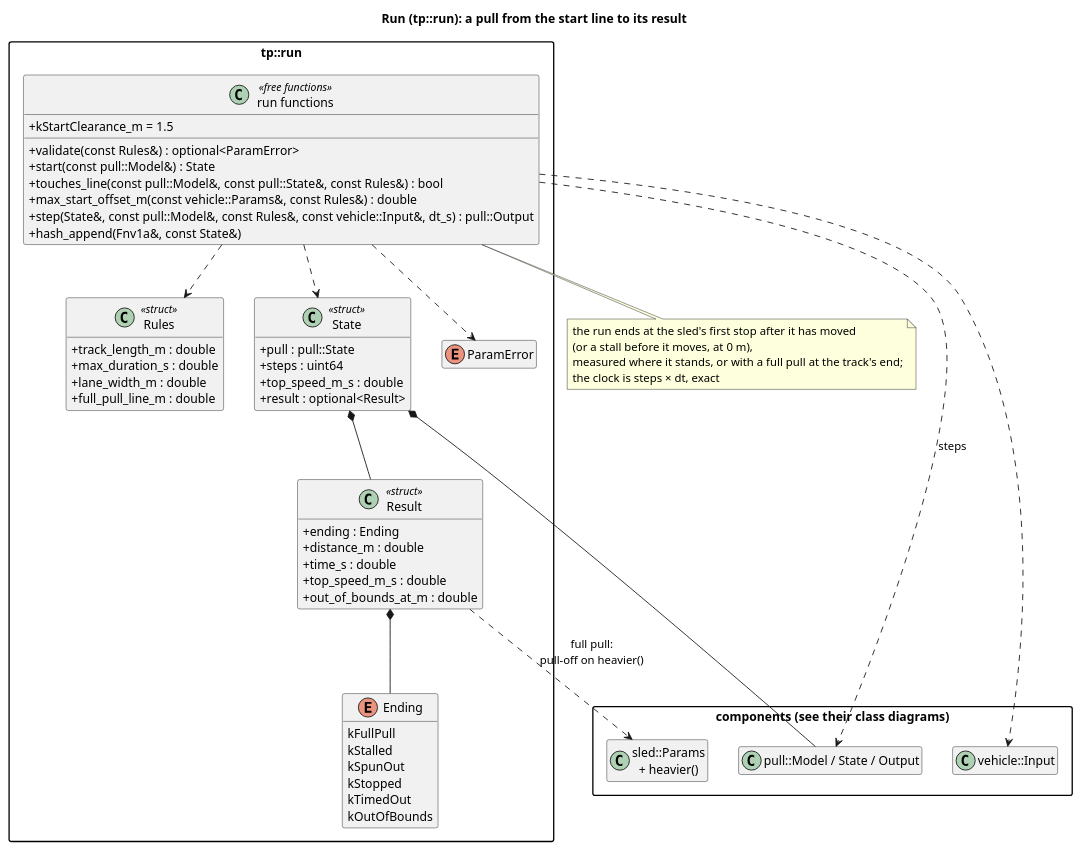
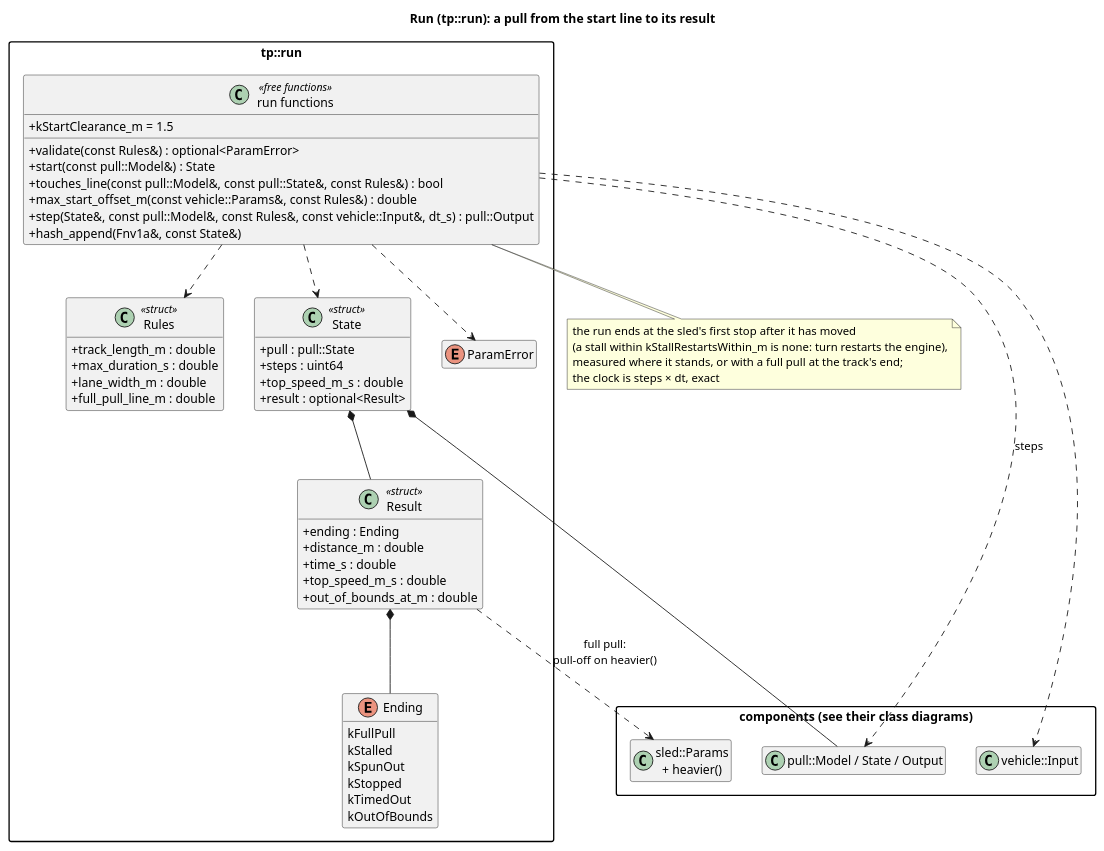
One commit to wversteeg/TractorPulling changed the diagram in docs/diagrams/run_classes.puml. Above: the diagram before and after it, drawn with PlantUML. The commit also changed 10 other files, not shown here.

First line of the commit message:
A stall before the sled moves 10 cm is no stop: the engine starts again

```diff
--- a/docs/diagrams/run_classes.puml
+++ b/docs/diagrams/run_classes.puml
@@ -1,67 +1,67 @@
 @startuml run_classes
 title Run (tp::run): a pull from the start line to its result
 hide empty members
 skinparam packageStyle rectangle
 skinparam classAttributeIconSize 0
 
 package "components (see their class diagrams)" {
   class "pull::Model / State / Output" as Pull
   class "sled::Params\n+ heavier()" as Sled
   class "vehicle::Input" as Input
 }
 
 package "tp::run" {
   class Rules <<struct>> {
     +track_length_m : double
     +max_duration_s : double
     +lane_width_m : double
     +full_pull_line_m : double
   }
   enum Ending {
     kFullPull
     kStalled
     kSpunOut
     kStopped
     kTimedOut
     kOutOfBounds
   }
   class Result <<struct>> {
     +ending : Ending
     +distance_m : double
     +time_s : double
     +top_speed_m_s : double
     +out_of_bounds_at_m : double
   }
   class State <<struct>> {
     +pull : pull::State
     +steps : uint64
     +top_speed_m_s : double
     +result : optional<Result>
   }
   enum ParamError
   class "run functions" as RunFns <<free functions>> {
     +validate(const Rules&) : optional<ParamError>
     +start(const pull::Model&) : State
     +touches_line(const pull::Model&, const pull::State&, const Rules&) : bool
     +max_start_offset_m(const vehicle::Params&, const Rules&) : double
     +kStartClearance_m = 1.5
     +step(State&, const pull::Model&, const Rules&, const vehicle::Input&, dt_s) : pull::Output
     +hash_append(Fnv1a&, const State&)
   }
   Result *-- Ending
   State *-- Result
   RunFns ..> Rules
   RunFns ..> State
   RunFns ..> ParamError
 }
 State *-- Pull
 RunFns ..> Input
 RunFns ..> Pull : steps
 Result ..> Sled : full pull:\npull-off on heavier()
 note bottom of RunFns
   the run ends at the sled's first stop after it has moved
-  (or a stall before it moves, at 0 m),
+  (a stall within kStallRestartsWithin_m is none: turn restarts the engine),
   measured where it stands, or with a full pull at the track's end;
   the clock is steps × dt, exact
 end note
 @enduml
```
